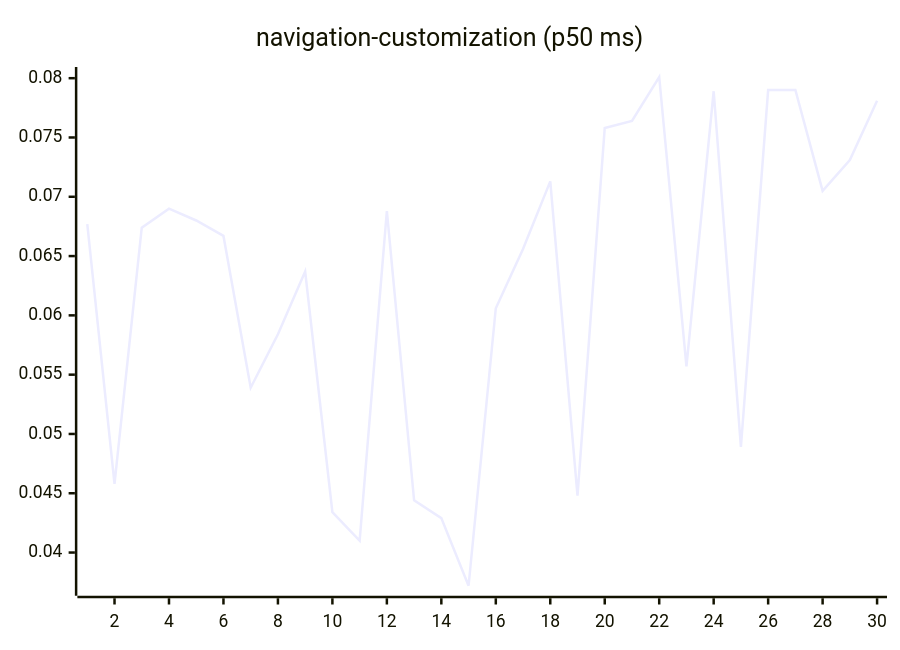
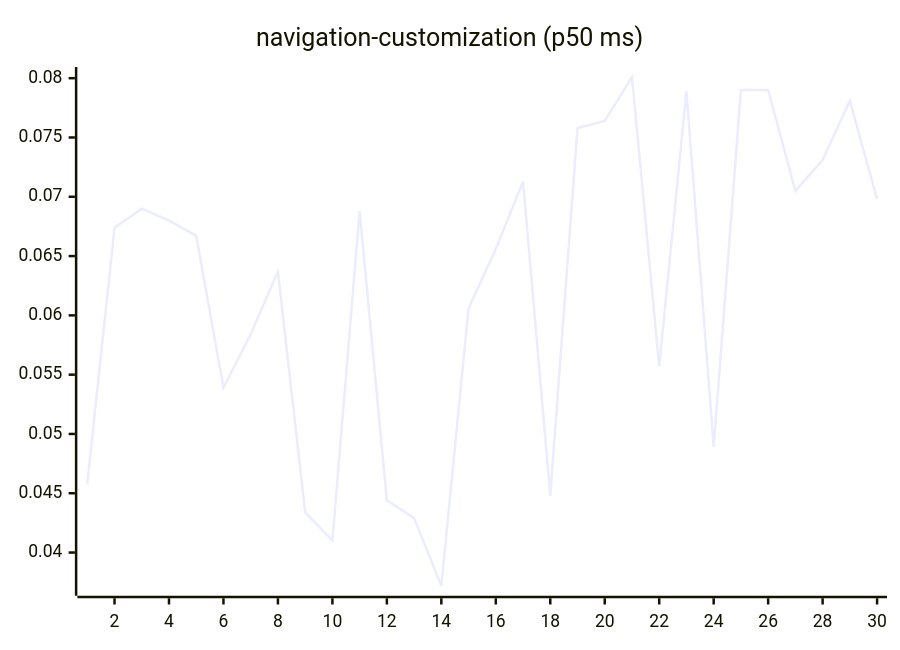
Diagram 15 of 27 in README.md (josha/Facet), drawn with Mermaid before and after one commit. The commit also changed other lines of this file and 2 other files, not shown here.

````diff
--- a/README.md
+++ b/README.md
@@ -161,6 +161,6 @@
 ```mermaid
 xychart-beta
     title "navigation-customization (p50 ms)"
     x-axis 1 --> 30
-    line [0.0677, 0.0458, 0.0674, 0.0690, 0.0680, 0.0667, 0.0539, 0.0584, 0.0637, 0.0434, 0.0410, 0.0688, 0.0444, 0.0429, 0.0372, 0.0606, 0.0656, 0.0713, 0.0448, 0.0758, 0.0764, 0.0801, 0.0557, 0.0789, 0.0489, 0.0790, 0.0790, 0.0705, 0.0731, 0.0781]
+    line [0.0458, 0.0674, 0.0690, 0.0680, 0.0667, 0.0539, 0.0584, 0.0637, 0.0434, 0.0410, 0.0688, 0.0444, 0.0429, 0.0372, 0.0606, 0.0656, 0.0713, 0.0448, 0.0758, 0.0764, 0.0801, 0.0557, 0.0789, 0.0489, 0.0790, 0.0790, 0.0705, 0.0731, 0.0781, 0.0698]
 ```
````
